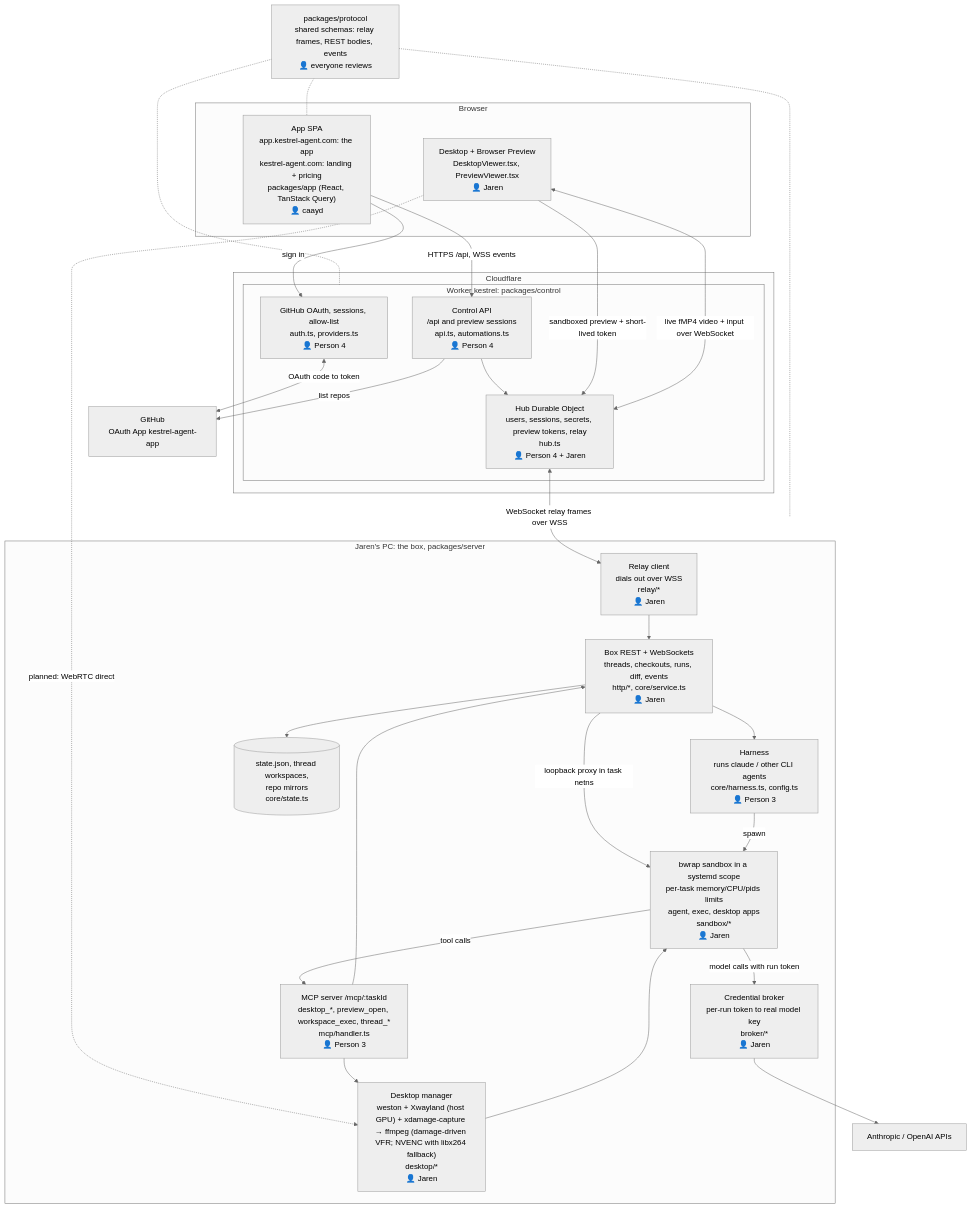
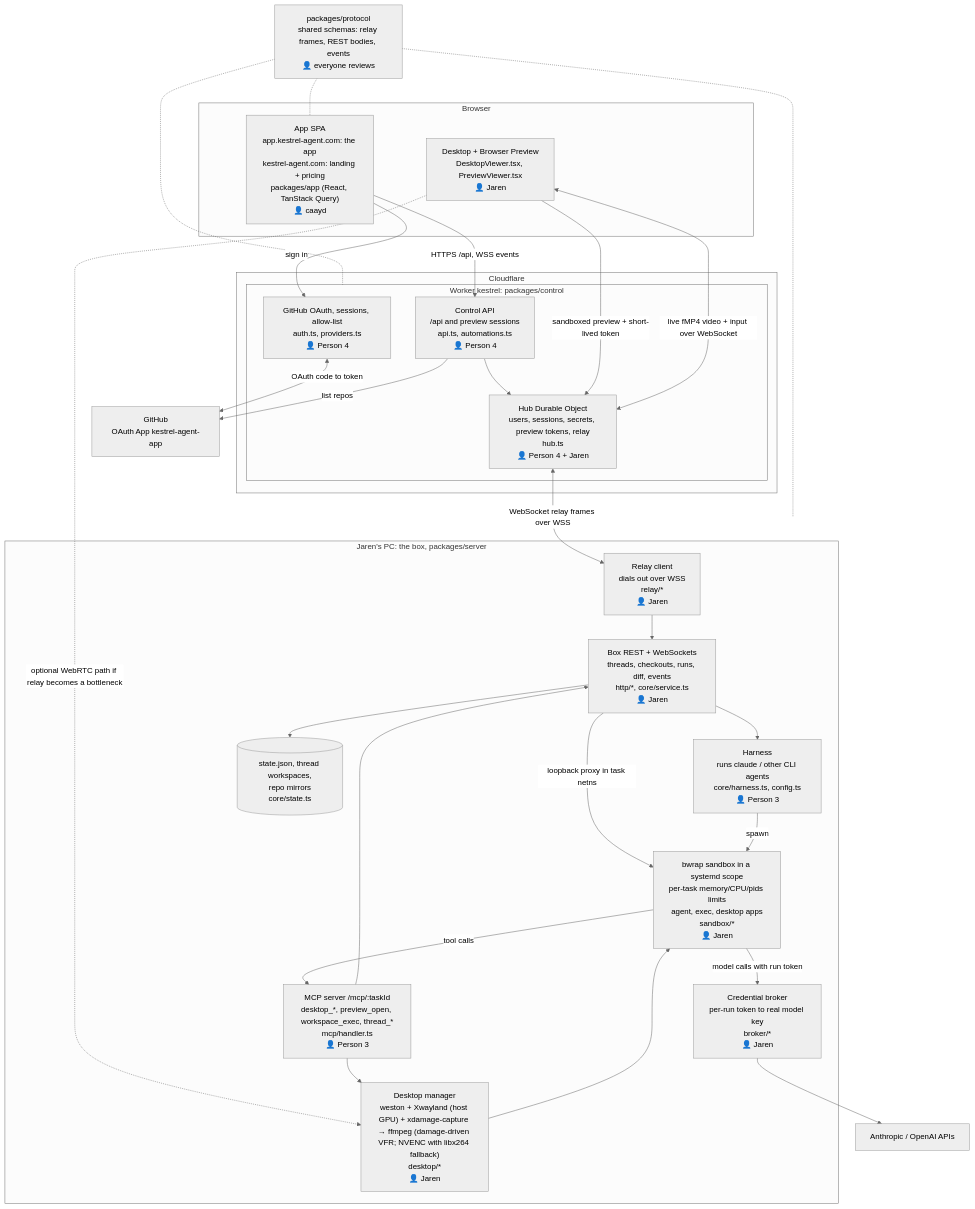
One commit to jarenm1/kestrel changed the diagram in docs/architecture.md. Above: the diagram before and after it, drawn with Mermaid (neutral theme). The commit also changed other lines of this file and 1 other file, not shown here.

Commit message:
docs: treat direct WebRTC as an optional optimization

````diff
--- a/docs/architecture.md
+++ b/docs/architecture.md
@@ -3,56 +3,56 @@
 ```mermaid
 flowchart TB
   subgraph Browser["Browser"]
     APP["App SPA<br/>app.kestrel-agent.com: the app<br/>kestrel-agent.com: landing + pricing<br/>packages/app (React, TanStack Query)<br/>👤 caayd"]
     VIEW["Desktop + Browser Preview<br/>DesktopViewer.tsx, PreviewViewer.tsx<br/>👤 Jaren"]
   end
 
   subgraph CF["Cloudflare"]
     subgraph CTRL["Worker kestrel: packages/control"]
       AUTH["GitHub OAuth, sessions, allow-list<br/>auth.ts, providers.ts<br/>👤 Person 4"]
       API["Control API<br/>/api and preview sessions<br/>api.ts, automations.ts<br/>👤 Person 4"]
       HUB["Hub Durable Object<br/>users, sessions, secrets, preview tokens, relay<br/>hub.ts<br/>👤 Person 4 + Jaren"]
     end
   end
 
   GH["GitHub<br/>OAuth App kestrel-agent-app"]
 
   subgraph PC["Jaren's PC: the box, packages/server"]
     RELAY["Relay client<br/>dials out over WSS<br/>relay/*<br/>👤 Jaren"]
     REST["Box REST + WebSockets<br/>threads, checkouts, runs, diff, events<br/>http/*, core/service.ts<br/>👤 Jaren"]
     HARN["Harness<br/>runs claude / other CLI agents<br/>core/harness.ts, config.ts<br/>👤 Person 3"]
     MCP["MCP server /mcp/:taskId<br/>desktop_*, preview_open, workspace_exec, thread_*<br/>mcp/handler.ts<br/>👤 Person 3"]
     BROKER["Credential broker<br/>per-run token to real model key<br/>broker/*<br/>👤 Jaren"]
     SB["bwrap sandbox in a systemd scope<br/>per-task memory/CPU/pids limits<br/>agent, exec, desktop apps<br/>sandbox/*<br/>👤 Jaren"]
     DESK["Desktop manager<br/>weston + Xwayland (host GPU) + xdamage-capture → ffmpeg (damage-driven VFR; NVENC with libx264 fallback)<br/>desktop/*<br/>👤 Jaren"]
     STATE[("state.json, thread workspaces,<br/>repo mirrors<br/>core/state.ts")]
   end
 
   LLM["Anthropic / OpenAI APIs"]
 
   APP -->|HTTPS /api, WSS events| API
   APP -->|sign in| AUTH
   AUTH <-->|OAuth code to token| GH
   API -->|list repos| GH
   API --> HUB
   HUB <-->|WebSocket relay frames over WSS| RELAY
   VIEW -->|sandboxed preview + short-lived token| HUB
   VIEW <-->|live fMP4 video + input over WebSocket| HUB
-  VIEW -.->|planned: WebRTC direct| DESK
+  VIEW -.->|optional WebRTC path if relay becomes a bottleneck| DESK
   RELAY --> REST
   REST -->|loopback proxy in task netns| SB
   REST --> HARN
   REST --> STATE
   HARN -->|spawn| SB
   SB -->|tool calls| MCP
   SB -->|model calls with run token| BROKER
   BROKER --> LLM
   MCP --> DESK
   MCP --> REST
   DESK --> SB
 
   PROTO["packages/protocol<br/>shared schemas: relay frames, REST bodies, events<br/>👤 everyone reviews"]
   PROTO -.- APP
   PROTO -.- CTRL
   PROTO -.- PC
 ```
````
